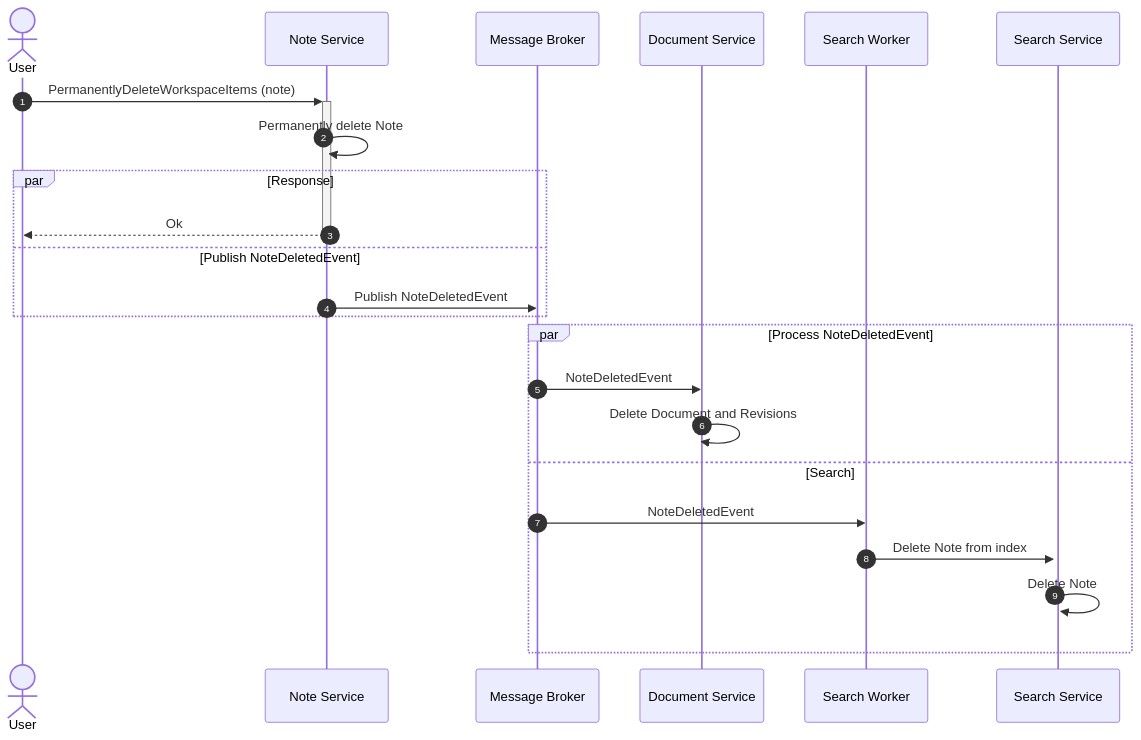
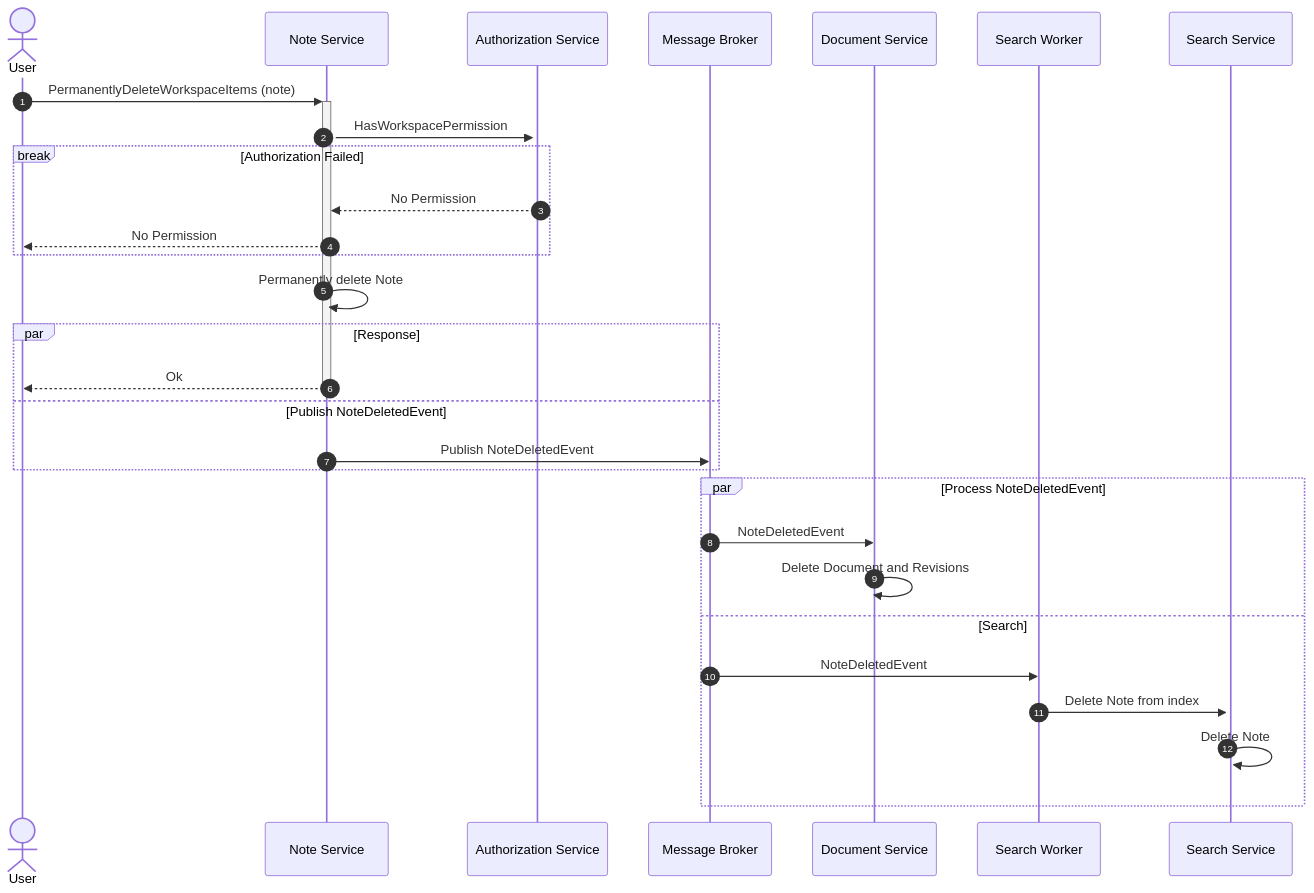
One commit to notopia-uit/notopia changed the fifth of 5 diagrams in docs/src/references/sequence/note.md. Above: the diagram before and after it, drawn with Mermaid. The commit also changed other lines of this file and 67 other files, not shown here.

````diff
--- a/docs/src/references/sequence/note.md
+++ b/docs/src/references/sequence/note.md
@@ -144,27 +150,33 @@
 ```mermaid
 sequenceDiagram
     autonumber
 
     actor U as User
     participant NS as Note Service
+    participant AS as Authorization Service
     participant MB as Message Broker
     participant DS as Document Service
     participant SW as Search Worker
     participant SS as Search Service
 
     U->>+NS: PermanentlyDeleteWorkspaceItems (note)
+    NS->>+AS: HasWorkspacePermission
+    break Authorization Failed
+        AS-->>NS: No Permission
+        NS-->>U: No Permission
+    end
     NS->>NS: Permanently delete Note
     par Response
         NS-->>-U: Ok
     and Publish NoteDeletedEvent
         NS->>MB: Publish NoteDeletedEvent
     end
     par Process NoteDeletedEvent
         MB->>DS: NoteDeletedEvent
         DS->>DS: Delete Document and Revisions
     and Search
         MB->>SW: NoteDeletedEvent
         SW->>+SS: Delete Note from index
         SS->>+SS: Delete Note
     end
 ```
````
